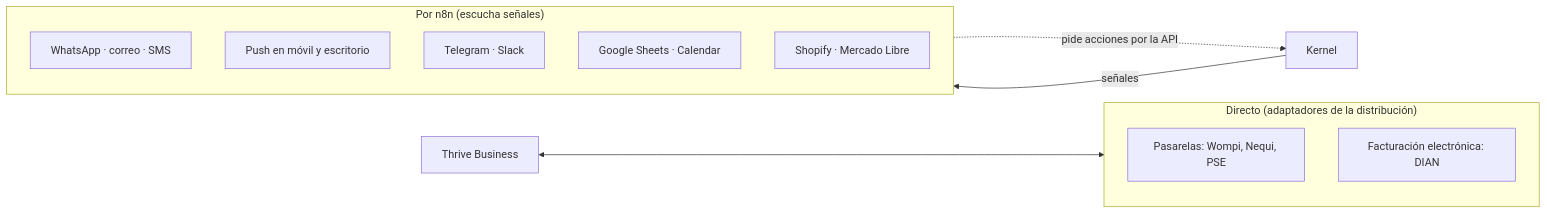
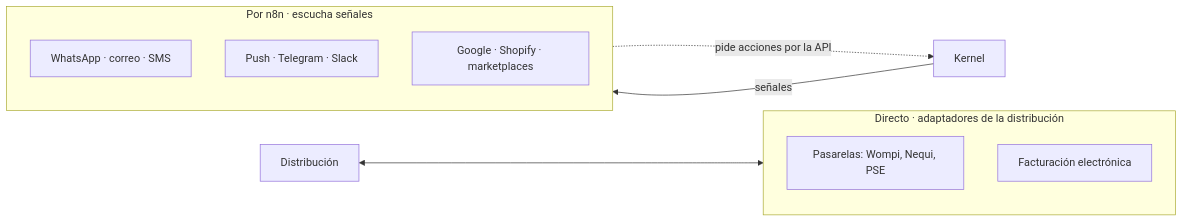
The diagram in docs/04-integraciones/README.md (NexusThrive/nexusthrive), drawn with Mermaid before and after one commit. The commit also changed other lines of this file and 130 other files, not shown here.

````diff
--- a/docs/04-integraciones/README.md
+++ b/docs/04-integraciones/README.md
@@ -7,17 +19,15 @@
 ```mermaid
 flowchart LR
-    subgraph DIRECTO["Directo (adaptadores de la distribución)"]
+    subgraph DIR["Directo · adaptadores de la distribución"]
         P["Pasarelas: Wompi, Nequi, PSE"]
-        F["Facturación electrónica: DIAN"]
+        F["Facturación electrónica"]
     end
-    subgraph N8N["Por n8n (escucha señales)"]
+    subgraph N8N["Por n8n · escucha señales"]
         W["WhatsApp · correo · SMS"]
-        PU["Push en móvil y escritorio"]
-        T["Telegram · Slack"]
-        G["Google Sheets · Calendar"]
-        S["Shopify · Mercado Libre"]
+        PU["Push · Telegram · Slack"]
+        G["Google · Shopify · marketplaces"]
     end
-    B["Thrive Business"] <--> DIRECTO
+    B["Distribución"] <--> DIR
     K["Kernel"] -->|"señales"| N8N
     N8N -.->|"pide acciones por la API"| K
 ```
````
